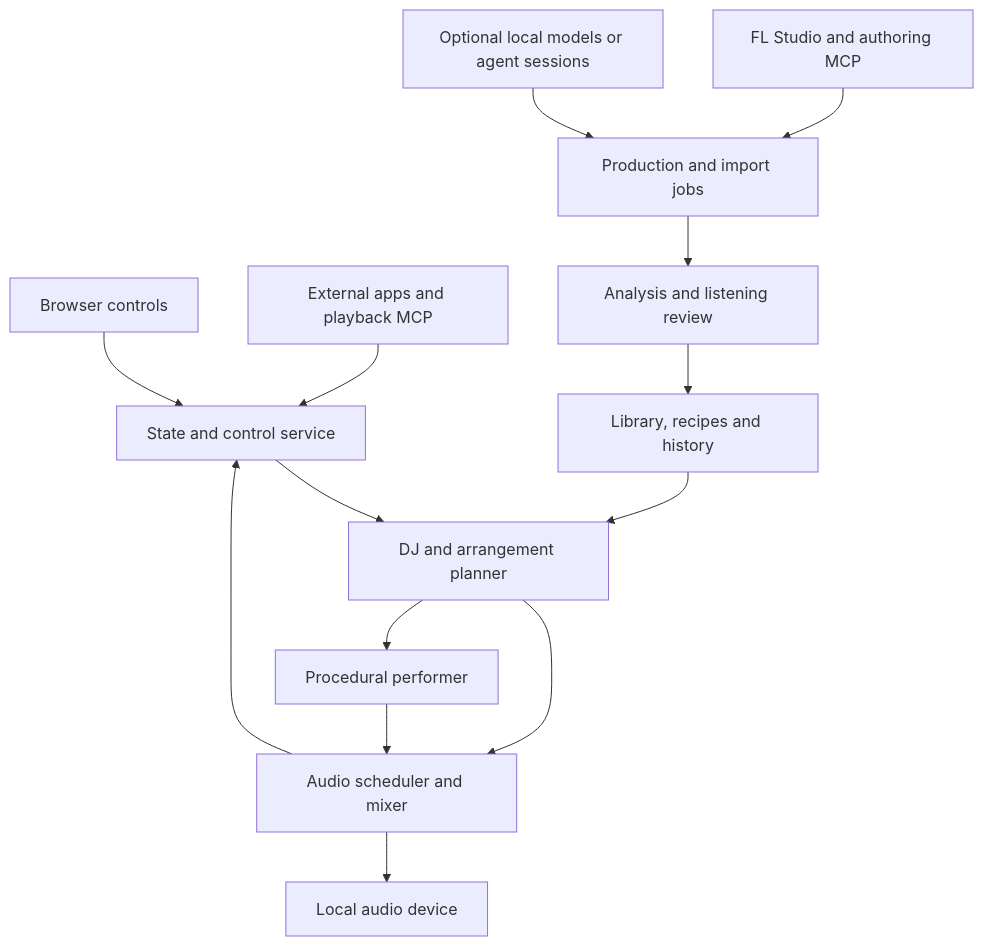
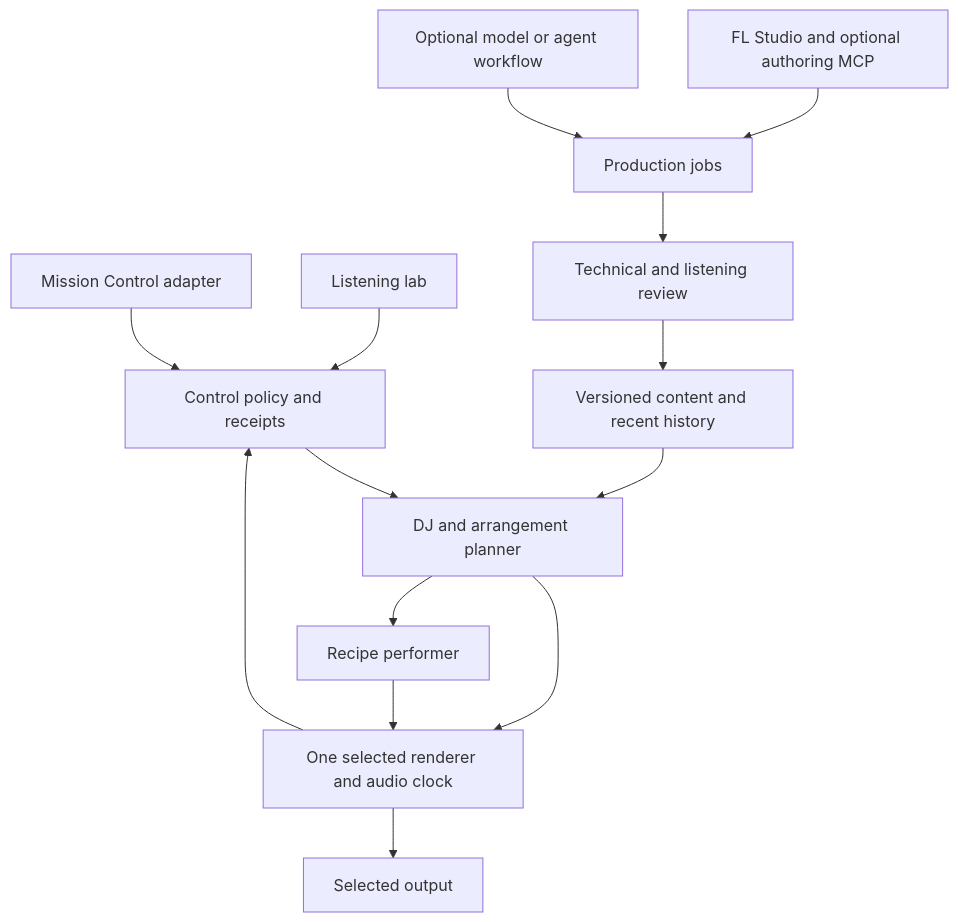
The diagram in docs/ARCHITECTURE.md (splatter85/EUTONOS-Music), drawn with Mermaid before and after one commit. The commit also changed other lines of this file and 15 other files, not shown here.

First line of the commit message:
docs: focus EUTONOS Music on a playable Mission Control pilot

````diff
--- a/docs/ARCHITECTURE.md
+++ b/docs/ARCHITECTURE.md
@@ -14,16 +16,16 @@
 ```mermaid
 flowchart TD
-    UI["Browser controls"] --> CTRL["State and control service"]
-    EXT["External apps and playback MCP"] --> CTRL
-    CTRL --> DJ["DJ and arrangement planner"]
-    CAT["Library, recipes and history"] --> DJ
-    DJ --> AUDIO["Audio scheduler and mixer"]
-    PROC["Procedural performer"] --> AUDIO
-    DJ --> PROC
-    AUDIO --> OUT["Local audio device"]
-    FL["FL Studio and authoring MCP"] --> JOB["Production and import jobs"]
-    MODEL["Optional local models or agent sessions"] --> JOB
-    JOB --> REVIEW["Analysis and listening review"]
+    MC[Mission Control adapter] --> CTRL[Control policy and receipts]
+    UI[Listening lab] --> CTRL
+    CTRL --> DJ[DJ and arrangement planner]
+    CAT[Versioned content and recent history] --> DJ
+    DJ --> AUDIO[One selected renderer and audio clock]
+    DJ --> PROC[Recipe performer]
+    PROC --> AUDIO
+    AUDIO --> OUT[Selected output]
+    AUDIO --> CTRL
+    FL[FL Studio and optional authoring MCP] --> JOB[Production jobs]
+    MODEL[Optional model or agent workflow] --> JOB
+    JOB --> REVIEW[Technical and listening review]
     REVIEW --> CAT
-    AUDIO --> CTRL
 ```
````
